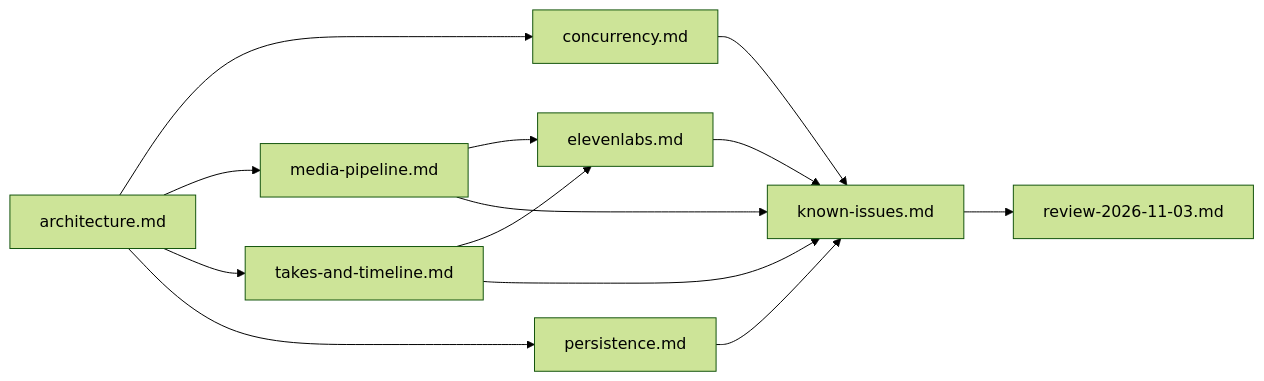
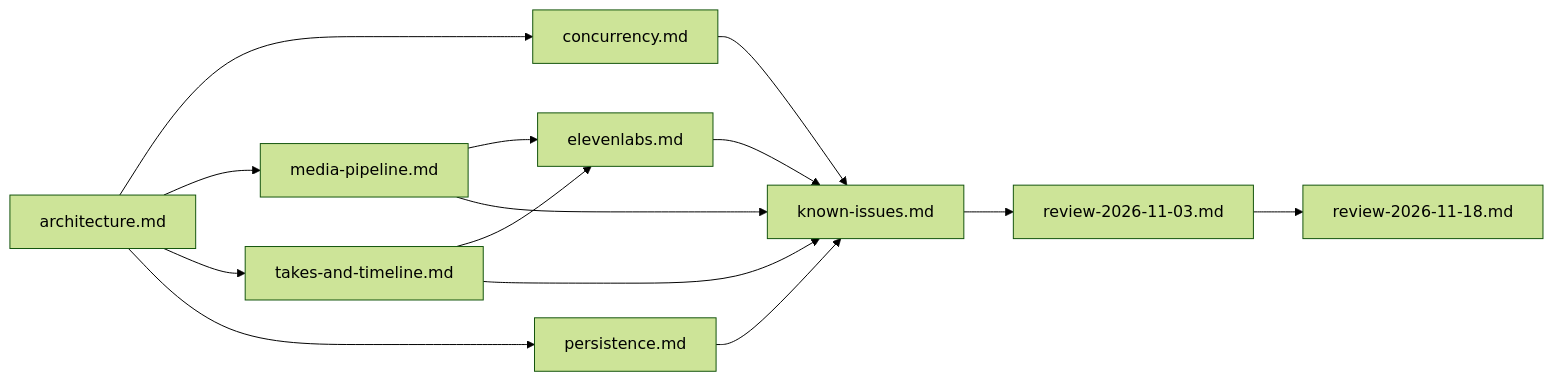
The diagram in docs/README.md (yvelkoa/VoiceoverStudio), drawn with Mermaid (forest theme) before and after one commit. The commit also changed other lines of this file and 29 other files, not shown here.

````diff
--- a/docs/README.md
+++ b/docs/README.md
@@ -8,11 +8,11 @@
 ```mermaid
 flowchart LR
     A[architecture.md] --> B[concurrency.md]
     A --> C[media-pipeline.md]
     A --> D[takes-and-timeline.md]
     A --> E[persistence.md]
     C --> F[elevenlabs.md]
     D --> F
     B & C & D & E & F --> G[known-issues.md]
-    G --> H[review-2026-11-03.md]
+    G --> H[review-2026-11-03.md] --> I[review-2026-11-18.md]
 ```
````
